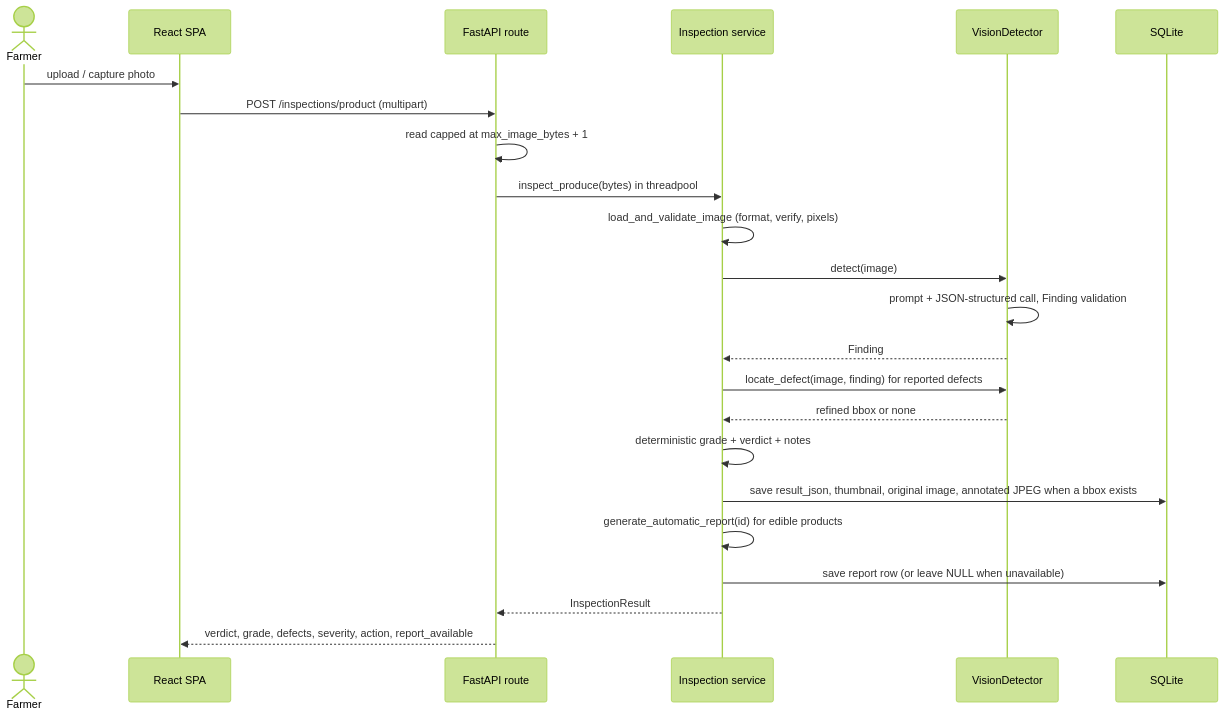
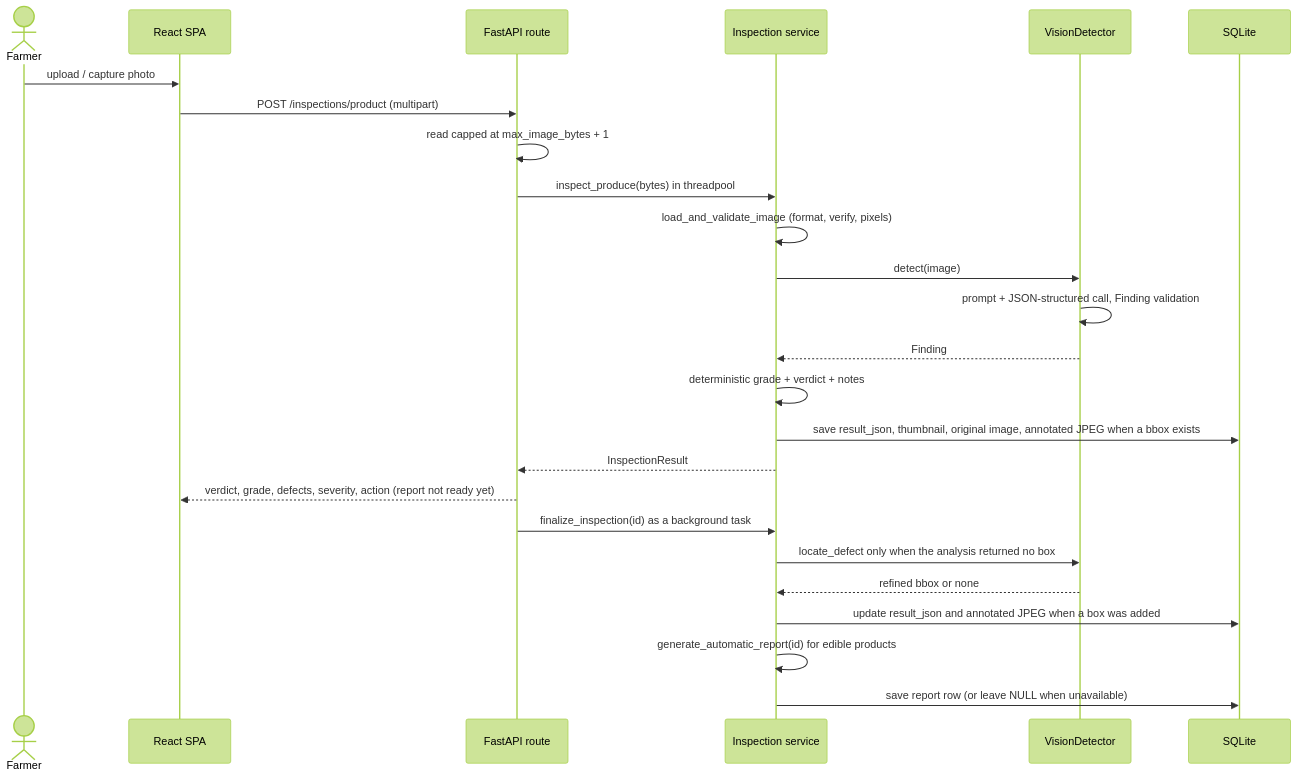
The second of 4 diagrams in ARCHITECTURE.md (HamzaShafiq44/FieldMark), drawn with Mermaid (forest theme) before and after one commit. The commit also changed other lines of this file and 21 other files, not shown here.

````diff
--- a/ARCHITECTURE.md
+++ b/ARCHITECTURE.md
@@ -203,25 +207,27 @@
 ```mermaid
 sequenceDiagram
     actor F as Farmer
     participant UI as React SPA
     participant API as FastAPI route
     participant S as Inspection service
     participant D as VisionDetector
     participant DB as SQLite
     F->>UI: upload / capture photo
     UI->>API: POST /inspections/product (multipart)
     API->>API: read capped at max_image_bytes + 1
     API->>S: inspect_produce(bytes) in threadpool
     S->>S: load_and_validate_image (format, verify, pixels)
     S->>D: detect(image)
     D->>D: prompt + JSON-structured call, Finding validation
     D-->>S: Finding
-    S->>D: locate_defect(image, finding) for reported defects
-    D-->>S: refined bbox or none
     S->>S: deterministic grade + verdict + notes
     S->>DB: save result_json, thumbnail, original image, annotated JPEG when a bbox exists
+    S-->>API: InspectionResult
+    API-->>UI: verdict, grade, defects, severity, action (report not ready yet)
+    API->>S: finalize_inspection(id) as a background task
+    S->>D: locate_defect only when the analysis returned no box
+    D-->>S: refined bbox or none
+    S->>DB: update result_json and annotated JPEG when a box was added
     S->>S: generate_automatic_report(id) for edible products
     S->>DB: save report row (or leave NULL when unavailable)
-    S-->>API: InspectionResult
-    API-->>UI: verdict, grade, defects, severity, action, report_available
 ```
````
